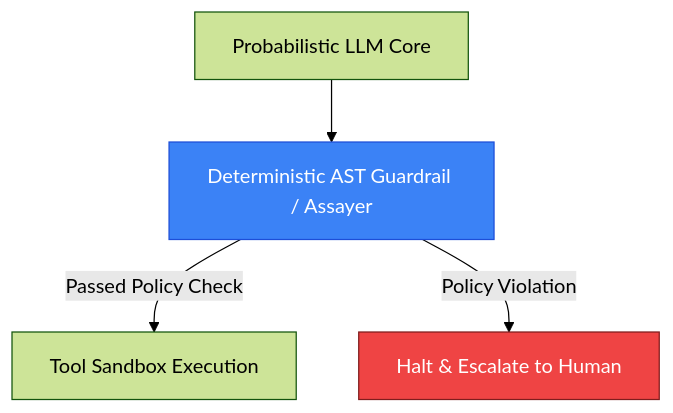
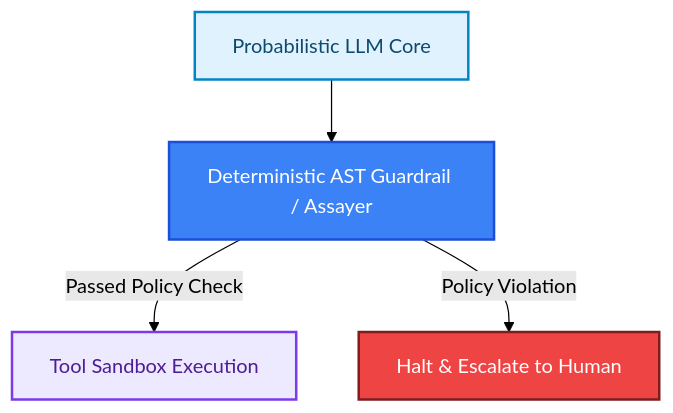
Before and after one commit to akmalkhaniub/akmalkhaniub.github.io: the second of 2 diagrams in blog/posts/the-agentic-rush-picks-shovels-multi-agent-infrastructure.md, drawn with Mermaid (forest theme). The commit also changed other lines of this file and 1291 other files, not shown here.

First line of the commit message:
feat(catalog): unique covers, scholarly references, and diagram palettes

````diff
--- a/blog/posts/the-agentic-rush-picks-shovels-multi-agent-infrastructure.md
+++ b/blog/posts/the-agentic-rush-picks-shovels-multi-agent-infrastructure.md
@@ -73,9 +84,19 @@
 ```mermaid
 flowchart TD
-  AgentCore[Probabilistic LLM Core] --> Guardrail[Deterministic AST Guardrail / Assayer]
-  Guardrail -->|Passed Policy Check| Sandbox[Tool Sandbox Execution]
-  Guardrail -->|Policy Violation| CircuitBreaker[Halt & Escalate to Human]
+  AgentCore["Probabilistic LLM Core"] --> Guardrail["Deterministic AST Guardrail / Assayer"]
+  Guardrail -->|Passed Policy Check| Sandbox["Tool Sandbox Execution"]
+  Guardrail -->|Policy Violation| CircuitBreaker["Halt & Escalate to Human"]
   
   style Guardrail fill:#3b82f6,stroke:#1d4ed8,color:#ffffff
   style CircuitBreaker fill:#ef4444,stroke:#7f1d1d,color:#ffffff
+
+classDef green fill:#dcfce7,stroke:#16a34a,stroke-width:2px,color:#14532d;
+classDef red fill:#fee2e2,stroke:#dc2626,stroke-width:2px,color:#7f1d1d;
+classDef blue fill:#e0f2fe,stroke:#0284c7,stroke-width:2px,color:#0c4a6e;
+classDef yellow fill:#fef3c7,stroke:#d97706,stroke-width:2px,color:#78350f;
+classDef purple fill:#ede9fe,stroke:#7c3aed,stroke-width:2px,color:#4c1d95;
+class AgentCore blue
+class Guardrail green
+class Sandbox purple
+class CircuitBreaker yellow
 ```
````
